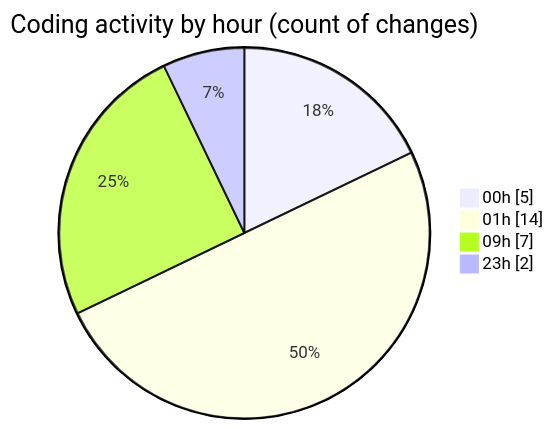
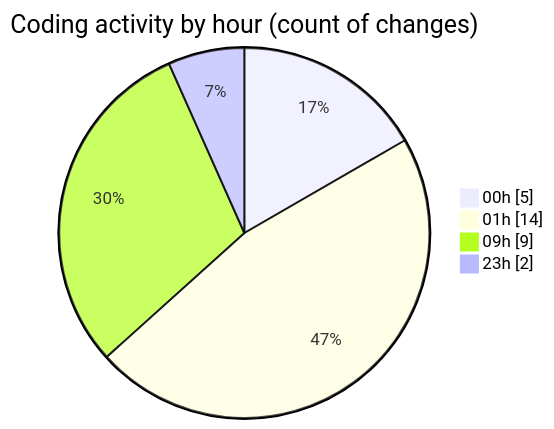
Before and after one commit to julien-gomy/code-tracking: the second of 2 diagrams in 2025-11-26/eventscop-frontend-guide__workspace_/README.md, drawn with Mermaid. The commit also changed other lines of this file and 1 other file, not shown here.

````diff
--- a/2025-11-26/eventscop-frontend-guide__workspace_/README.md
+++ b/2025-11-26/eventscop-frontend-guide__workspace_/README.md
@@ -38,8 +38,8 @@
 ```mermaid
 pie showData
 title Coding activity by hour (count of changes)
 "00h" : 5
 "01h" : 14
-"09h" : 7
+"09h" : 9
 "23h" : 2
 ```
````
